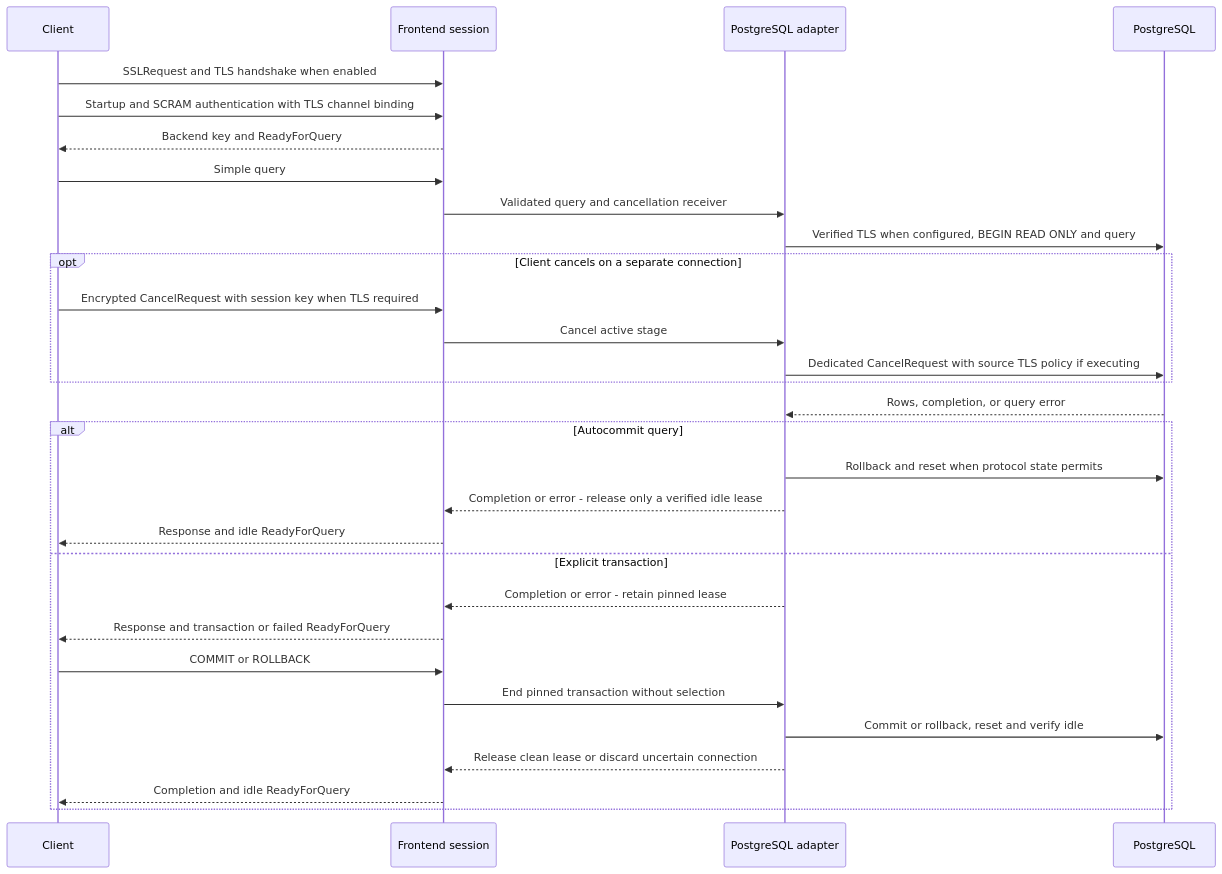
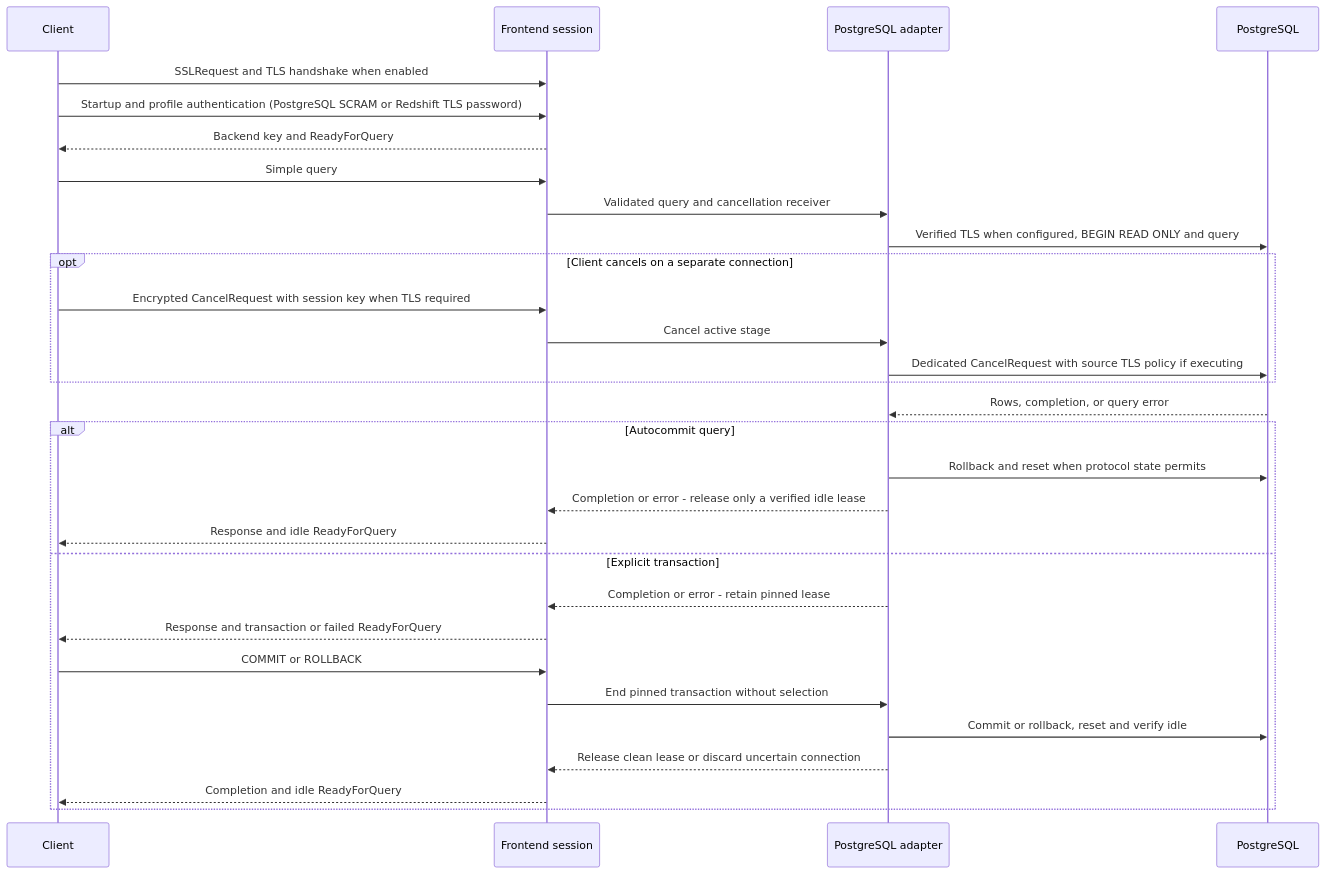
Before and after one commit to AbhiSinha08/yasp-analytics-proxy: the fourth of 4 diagrams in docs/architecture.md, drawn with Mermaid. The commit also changed other lines of this file and 109 other files, not shown here.

Commit message:
Redshift Gateway, Snowflake Adapter Initial support, Backend Database Schema Caching, Tests refactor, Modular gateway to Backend metadata probe path

````diff
--- a/docs/architecture.md
+++ b/docs/architecture.md
@@ -174,32 +230,32 @@
 ```mermaid
 sequenceDiagram
     participant Client
     participant Session as Frontend session
     participant Adapter as PostgreSQL adapter
     participant PG as PostgreSQL
     Client->>Session: SSLRequest and TLS handshake when enabled
-    Client->>Session: Startup and SCRAM authentication with TLS channel binding
+    Client->>Session: Startup and profile authentication (PostgreSQL SCRAM or Redshift TLS password)
     Session-->>Client: Backend key and ReadyForQuery
     Client->>Session: Simple query
     Session->>Adapter: Validated query and cancellation receiver
     Adapter->>PG: Verified TLS when configured, BEGIN READ ONLY and query
     opt Client cancels on a separate connection
         Client->>Session: Encrypted CancelRequest with session key when TLS required
         Session->>Adapter: Cancel active stage
         Adapter->>PG: Dedicated CancelRequest with source TLS policy if executing
     end
     PG-->>Adapter: Rows, completion, or query error
     alt Autocommit query
         Adapter->>PG: Rollback and reset when protocol state permits
         Adapter-->>Session: Completion or error - release only a verified idle lease
         Session-->>Client: Response and idle ReadyForQuery
     else Explicit transaction
         Adapter-->>Session: Completion or error - retain pinned lease
         Session-->>Client: Response and transaction or failed ReadyForQuery
         Client->>Session: COMMIT or ROLLBACK
         Session->>Adapter: End pinned transaction without selection
         Adapter->>PG: Commit or rollback, reset and verify idle
         Adapter-->>Session: Release clean lease or discard uncertain connection
         Session-->>Client: Completion and idle ReadyForQuery
     end
 ```
````
